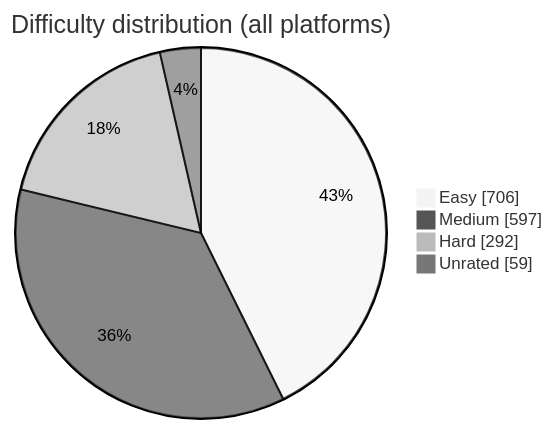
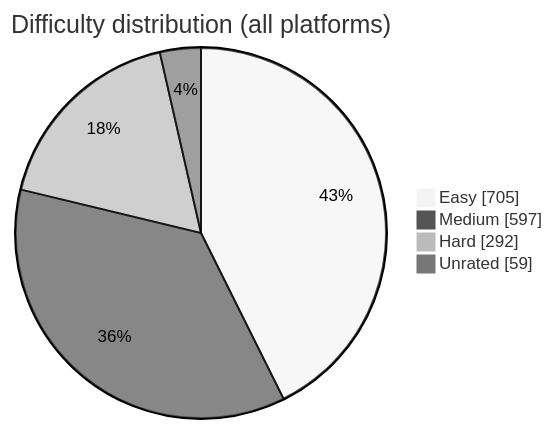
One commit to BuildbyArindam/Daily-Coding-Log changed the diagram in README.md. Above: the diagram before and after it, drawn with Mermaid (neutral theme). The commit also changed other lines of this file, not shown here.

````diff
--- a/README.md
+++ b/README.md
@@ -93,7 +93,7 @@
 ```mermaid
 pie showData title Difficulty distribution (all platforms)
-    "Easy" : 706
+    "Easy" : 705
     "Medium" : 597
     "Hard" : 292
     "Unrated" : 59
 ```
````
